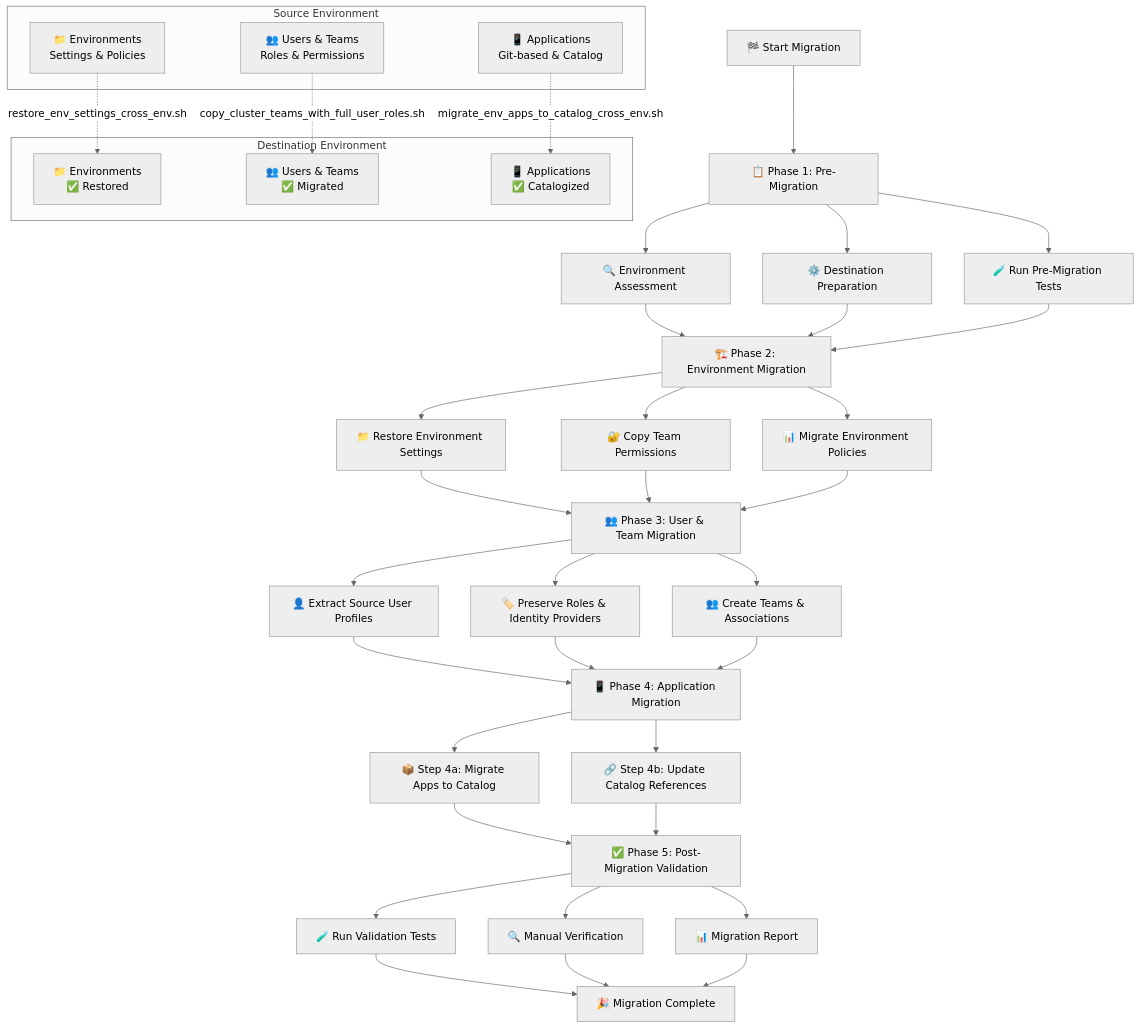
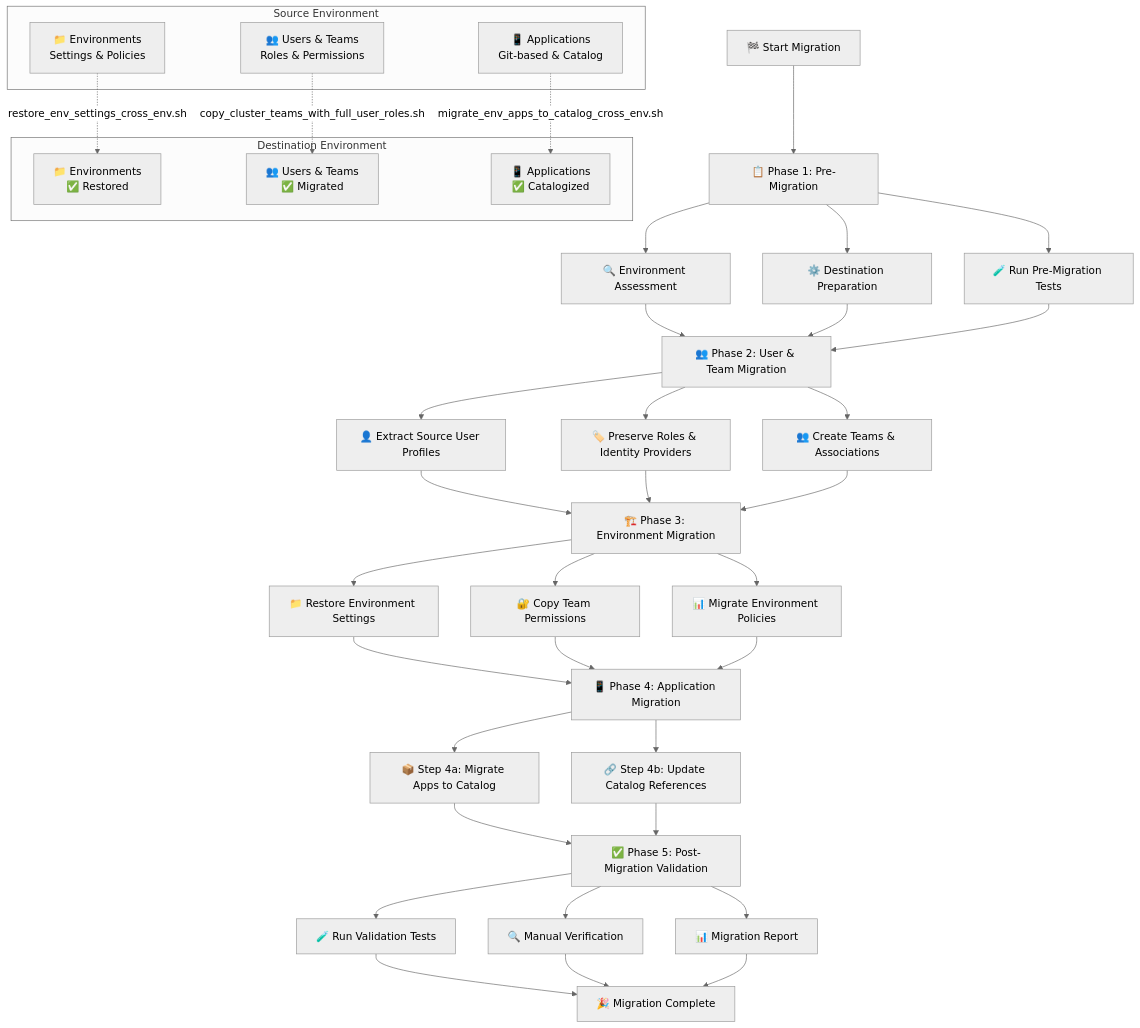
One commit to nirmata/nirmata-admin-scripts changed the diagram in cross_environment_migration/01-getting-started/README.md. Above: the diagram before and after it, drawn with Mermaid (neutral theme). The commit also changed other lines of this file and 26 other files, not shown here.

Commit message:
Add cross_environment_migration directory with complete migration workflows and collect-nirmata-services-logs for log collection utilities

````diff
--- a/cross_environment_migration/01-getting-started/README.md
+++ b/cross_environment_migration/01-getting-started/README.md
@@ -34,57 +34,57 @@
 ```mermaid
 graph TD
     A["🏁 Start Migration"] --> B["📋 Phase 1: Pre-Migration"]
     B --> B1["🔍 Environment Assessment"]
     B --> B2["⚙️ Destination Preparation"]
     B --> B3["🧪 Run Pre-Migration Tests"]
     
-    B1 --> C["🏗️ Phase 2: Environment Migration"]
+    B1 --> C["👥 Phase 2: User & Team Migration"]
     B2 --> C
     B3 --> C
     
-    C --> C1["📁 Restore Environment Settings"]
-    C --> C2["🔐 Copy Team Permissions"]
-    C --> C3["📊 Migrate Environment Policies"]
+    C --> C1["👤 Extract Source User Profiles"]
+    C --> C2["🏷️ Preserve Roles & Identity Providers"]
+    C --> C3["👥 Create Teams & Associations"]
     
-    C1 --> D["👥 Phase 3: User & Team Migration"]
+    C1 --> D["🏗️ Phase 3: Environment Migration"]
     C2 --> D
     C3 --> D
     
-    D --> D1["👤 Extract Source User Profiles"]
-    D --> D2["🏷️ Preserve Roles & Identity Providers"]
-    D --> D3["👥 Create Teams & Associations"]
+    D --> D1["📁 Restore Environment Settings"]
+    D --> D2["🔐 Copy Team Permissions"]
+    D --> D3["📊 Migrate Environment Policies"]
     
     D1 --> E["📱 Phase 4: Application Migration"]
     D2 --> E
     D3 --> E
     
     E --> E1["📦 Step 4a: Migrate Apps to Catalog"]
     E --> E2["🔗 Step 4b: Update Catalog References"]
     
     E1 --> F["✅ Phase 5: Post-Migration Validation"]
     E2 --> F
     
     F --> F1["🧪 Run Validation Tests"]
     F --> F2["🔍 Manual Verification"]
     F --> F3["📊 Migration Report"]
     
     F1 --> G["🎉 Migration Complete"]
     F2 --> G
     F3 --> G
     
     subgraph "Source Environment"
         S1["📁 Environments<br/>Settings & Policies"]
         S2["👥 Users & Teams<br/>Roles & Permissions"]
         S3["📱 Applications<br/>Git-based & Catalog"]
     end
     
     subgraph "Destination Environment"
         D1_["📁 Environments<br/>✅ Restored"]
         D2_["👥 Users & Teams<br/>✅ Migrated"]
         D3_["📱 Applications<br/>✅ Catalogized"]
     end
     
     S1 -.->|"restore_env_settings_cross_env.sh"| D1_
     S2 -.->|"copy_cluster_teams_with_full_user_roles.sh"| D2_
     S3 -.->|"migrate_env_apps_to_catalog_cross_env.sh"| D3_
 ```
````
